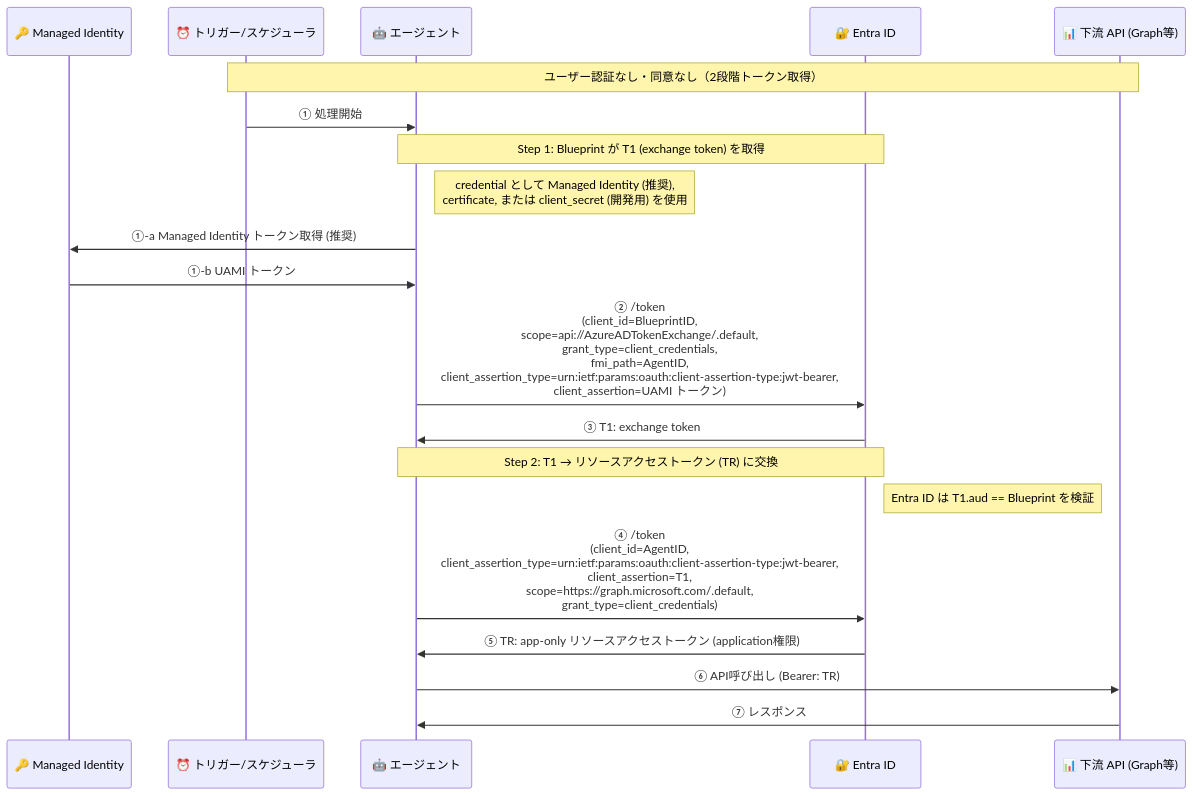
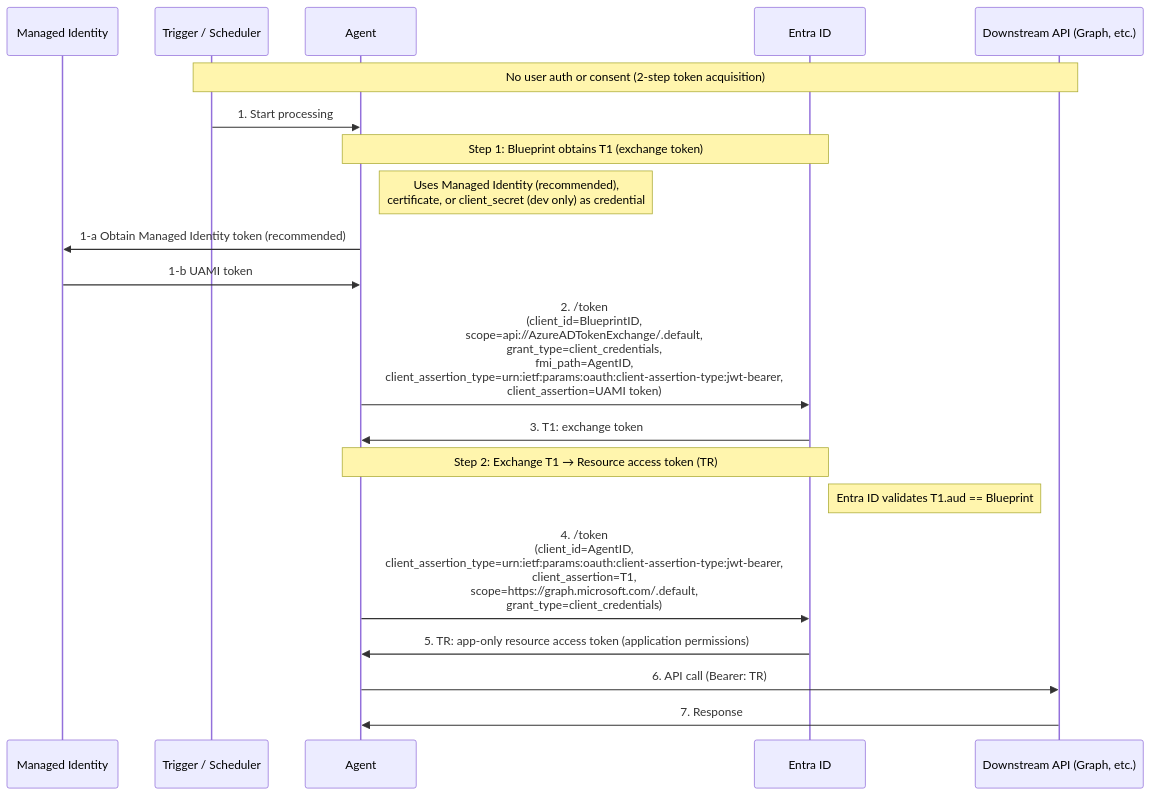
Before and after one commit to shigeyf/entra-agent-id-auth-flow-demo: the third of 8 diagrams in docs/agent-identity-oauth-flow-comparison.md, drawn with Mermaid. The commit also changed other lines of this file and 23 other files, not shown here.

````diff
--- a/docs/agent-identity-oauth-flow-comparison.md
+++ b/docs/agent-identity-oauth-flow-comparison.md
@@ -125,26 +128,26 @@
 ```mermaid
 sequenceDiagram
-    participant MSI as 🔑 Managed Identity
-    participant T as ⏰ トリガー/スケジューラ
-    participant A as 🤖 エージェント
-    participant E as 🔐 Entra ID
-    participant G as 📊 下流 API (Graph等)
+    participant MSI as Managed Identity
+    participant T as Trigger / Scheduler
+    participant A as Agent
+    participant E as Entra ID
+    participant G as Downstream API (Graph, etc.)
 
-    Note over T,G: ユーザー認証なし・同意なし（2段階トークン取得）
-    T->>A: ① 処理開始
+    Note over T,G: No user auth or consent (2-step token acquisition)
+    T->>A: 1. Start processing
 
-    Note over A,E: Step 1: Blueprint が T1 (exchange token) を取得
-    Note right of A: credential として Managed Identity (推奨),<br/>certificate, または client_secret (開発用) を使用
-    A->>MSI: ①-a Managed Identity トークン取得 (推奨)
-    MSI->>A: ①-b UAMI トークン
-    A->>E: ② /token<br/>(client_id=BlueprintID,<br/>scope=api://AzureADTokenExchange/.default,<br/>grant_type=client_credentials,<br/>fmi_path=AgentID,<br/>client_assertion_type=urn:ietf:params:oauth:client-assertion-type:jwt-bearer,<br/>client_assertion=UAMI トークン)
-    E->>A: ③ T1: exchange token
+    Note over A,E: Step 1: Blueprint obtains T1 (exchange token)
+    Note right of A: Uses Managed Identity (recommended),<br/>certificate, or client_secret (dev only) as credential
+    A->>MSI: 1-a Obtain Managed Identity token (recommended)
+    MSI->>A: 1-b UAMI token
+    A->>E: 2. /token<br/>(client_id=BlueprintID,<br/>scope=api://AzureADTokenExchange/.default,<br/>grant_type=client_credentials,<br/>fmi_path=AgentID,<br/>client_assertion_type=urn:ietf:params:oauth:client-assertion-type:jwt-bearer,<br/>client_assertion=UAMI token)
+    E->>A: 3. T1: exchange token
 
-    Note over A,E: Step 2: T1 → リソースアクセストークン (TR) に交換
-    Note right of E: Entra ID は T1.aud == Blueprint を検証
-    A->>E: ④ /token<br/>(client_id=AgentID,<br/>client_assertion_type=urn:ietf:params:oauth:client-assertion-type:jwt-bearer,<br/>client_assertion=T1,<br/>scope=https://graph.microsoft.com/.default,<br/>grant_type=client_credentials)
-    E->>A: ⑤ TR: app-only リソースアクセストークン (application権限)
+    Note over A,E: Step 2: Exchange T1 → Resource access token (TR)
+    Note right of E: Entra ID validates T1.aud == Blueprint
+    A->>E: 4. /token<br/>(client_id=AgentID,<br/>client_assertion_type=urn:ietf:params:oauth:client-assertion-type:jwt-bearer,<br/>client_assertion=T1,<br/>scope=https://graph.microsoft.com/.default,<br/>grant_type=client_credentials)
+    E->>A: 5. TR: app-only resource access token (application permissions)
 
-    A->>G: ⑥ API呼び出し (Bearer: TR)
-    G->>A: ⑦ レスポンス
+    A->>G: 6. API call (Bearer: TR)
+    G->>A: 7. Response
 ```
````
